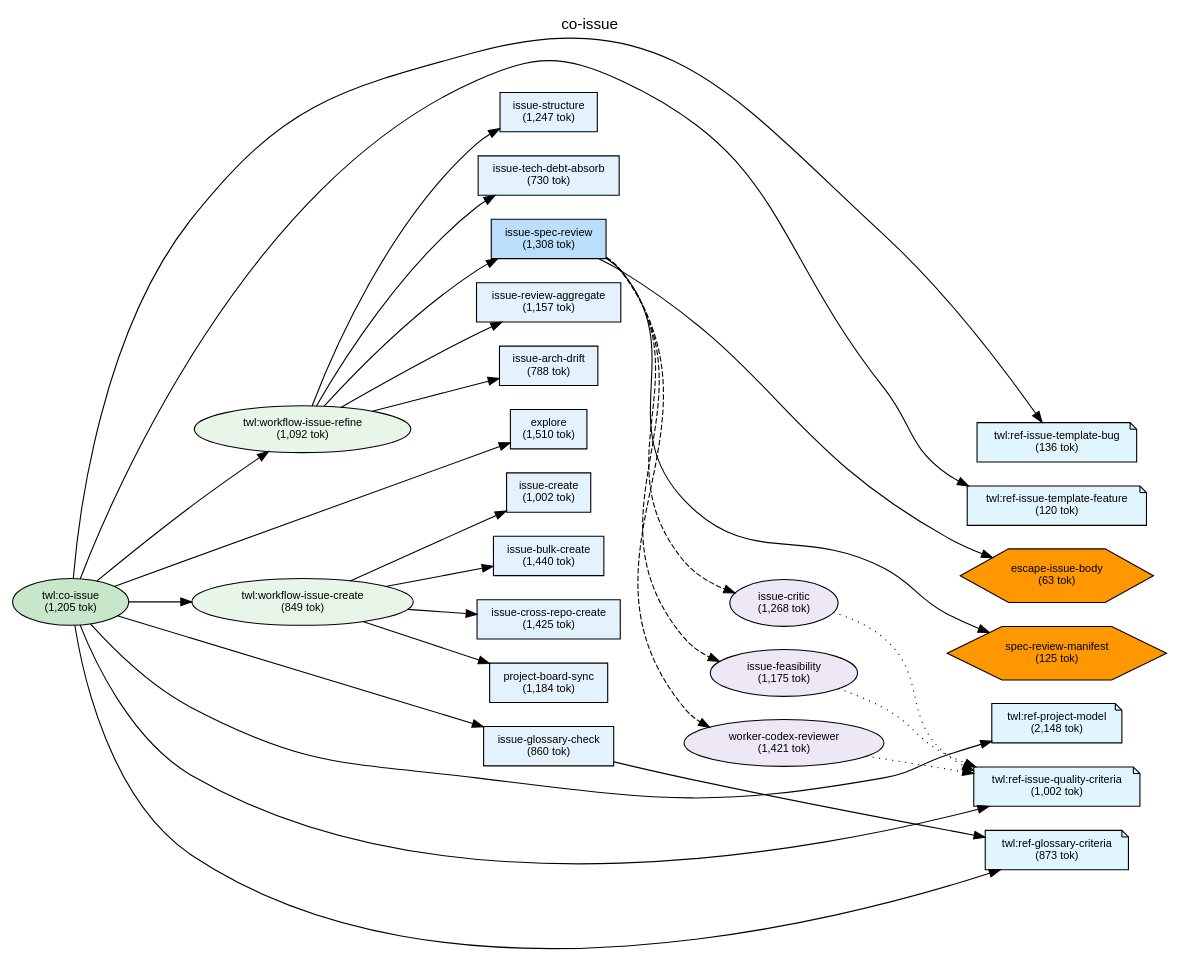
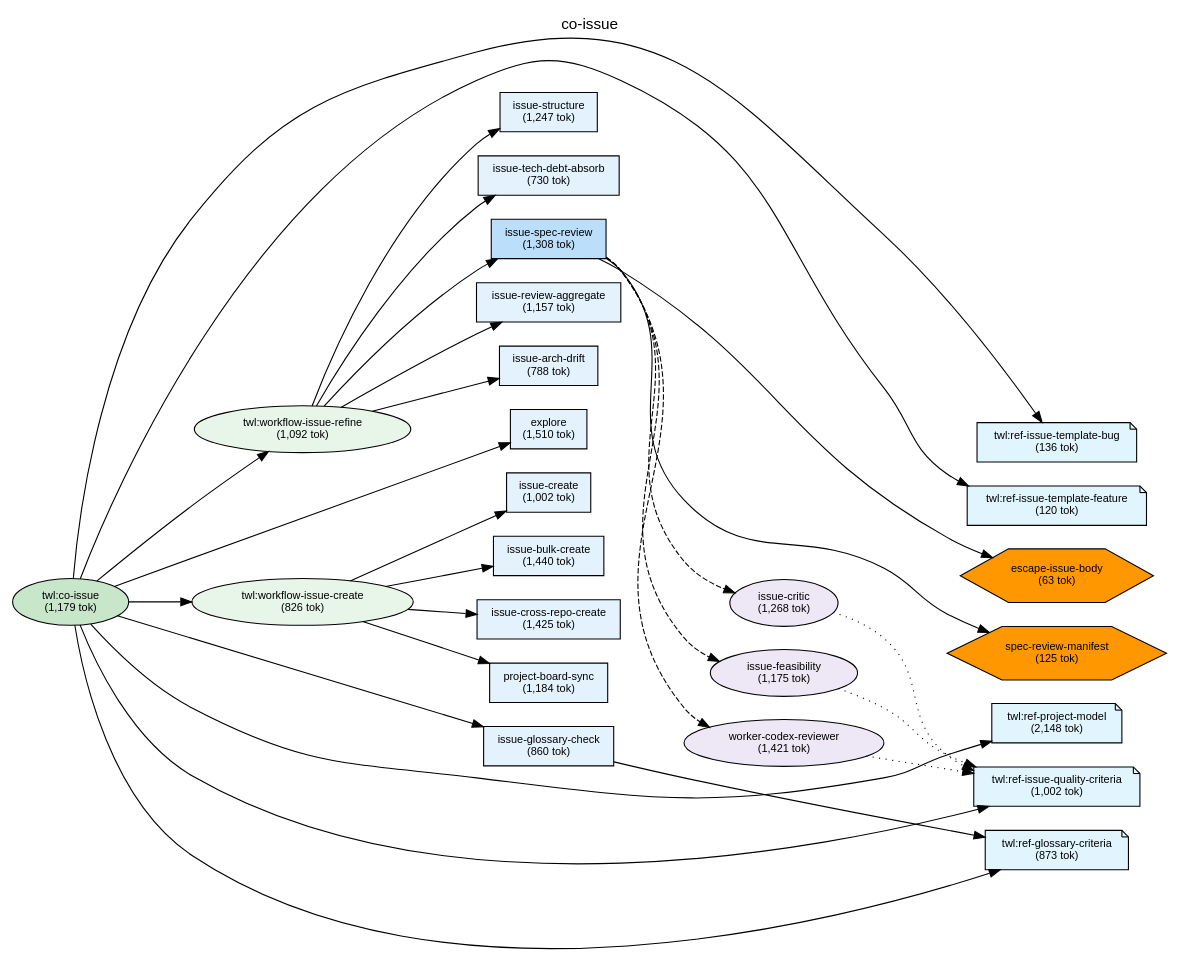
Before and after one commit to shuu5/twill: the diagram in plugins/twl/docs/deps-co-issue.dot, drawn with Graphviz. The commit also changed 8 other files, not shown here.

Commit message:
fix(twl): レビュー指摘修正 — description矛盾解消・REFINED_LABEL_OK入力削除・can_spawn最小化

```diff
--- a/plugins/twl/docs/deps-co-issue.dot
+++ b/plugins/twl/docs/deps-co-issue.dot
@@ -1,113 +1,113 @@
 digraph Dependencies {
     // Graph settings
     rankdir=LR;
     ranksep=0.8;
     nodesep=0.3;
     fontname="Helvetica";
     node [fontname="Helvetica", fontsize=10];
     edge [fontname="Helvetica", fontsize=9];
     label="co-issue";
     labelloc=t;
     fontsize=14;
 
     // L0: Controller Skills
-    skill_co_issue [label="twl:co-issue\n(1,205 tok)", shape=ellipse, style=filled, fillcolor="#c8e6c9"];
+    skill_co_issue [label="twl:co-issue\n(1,179 tok)", shape=ellipse, style=filled, fillcolor="#c8e6c9"];
 
     // L0: Launchers
 
     // L0.5: Workflow Skills
     skill_workflow_issue_refine [label="twl:workflow-issue-refine\n(1,092 tok)", shape=ellipse, style=filled, fillcolor="#e8f5e9"];
-    skill_workflow_issue_create [label="twl:workflow-issue-create\n(849 tok)", shape=ellipse, style=filled, fillcolor="#e8f5e9"];
+    skill_workflow_issue_create [label="twl:workflow-issue-create\n(826 tok)", shape=ellipse, style=filled, fillcolor="#e8f5e9"];
 
     // Reference Skills
     skill_ref_issue_template_bug [label="twl:ref-issue-template-bug\n(136 tok)", shape=note, style=filled, fillcolor="#e1f5fe"];
     skill_ref_issue_template_feature [label="twl:ref-issue-template-feature\n(120 tok)", shape=note, style=filled, fillcolor="#e1f5fe"];
     skill_ref_project_model [label="twl:ref-project-model\n(2,148 tok)", shape=note, style=filled, fillcolor="#e1f5fe"];
     skill_ref_issue_quality_criteria [label="twl:ref-issue-quality-criteria\n(1,002 tok)", shape=note, style=filled, fillcolor="#e1f5fe"];
     skill_ref_glossary_criteria [label="twl:ref-glossary-criteria\n(873 tok)", shape=note, style=filled, fillcolor="#e1f5fe"];
 
     // L1: Direct Commands
     cmd_issue_structure [label="issue-structure\n(1,247 tok)", shape=box, style=filled, fillcolor="#e3f2fd"];
     cmd_issue_create [label="issue-create\n(1,002 tok)", shape=box, style=filled, fillcolor="#e3f2fd"];
     cmd_issue_bulk_create [label="issue-bulk-create\n(1,440 tok)", shape=box, style=filled, fillcolor="#e3f2fd"];
     cmd_issue_tech_debt_absorb [label="issue-tech-debt-absorb\n(730 tok)", shape=box, style=filled, fillcolor="#e3f2fd"];
     cmd_issue_spec_review [label="issue-spec-review\n(1,308 tok)", shape=box, style=filled, fillcolor="#bbdefb"];
     cmd_issue_review_aggregate [label="issue-review-aggregate\n(1,157 tok)", shape=box, style=filled, fillcolor="#e3f2fd"];
     cmd_issue_glossary_check [label="issue-glossary-check\n(860 tok)", shape=box, style=filled, fillcolor="#e3f2fd"];
     cmd_issue_arch_drift [label="issue-arch-drift\n(788 tok)", shape=box, style=filled, fillcolor="#e3f2fd"];
     cmd_issue_cross_repo_create [label="issue-cross-repo-create\n(1,425 tok)", shape=box, style=filled, fillcolor="#e3f2fd"];
     cmd_project_board_sync [label="project-board-sync\n(1,184 tok)", shape=box, style=filled, fillcolor="#e3f2fd"];
     cmd_explore [label="explore\n(1,510 tok)", shape=box, style=filled, fillcolor="#e3f2fd"];
 
     // L2: Sub Commands
 
     // L3: Agents
     agent_issue_critic [label="issue-critic\n(1,268 tok)", shape=ellipse, style=filled, fillcolor="#ede7f6"];
     agent_issue_feasibility [label="issue-feasibility\n(1,175 tok)", shape=ellipse, style=filled, fillcolor="#ede7f6"];
     agent_worker_codex_reviewer [label="worker-codex-reviewer\n(1,421 tok)", shape=ellipse, style=filled, fillcolor="#ede7f6"];
 
     // L3.5: Scripts
     script_escape_issue_body [label="escape-issue-body\n(63 tok)", shape=hexagon, style=filled, fillcolor="#FF9800"];
     script_spec_review_manifest [label="spec-review-manifest\n(125 tok)", shape=hexagon, style=filled, fillcolor="#FF9800"];
 
     // L4: External
 
     // Layer constraints
     { rank=same; skill_co_issue; }
     { rank=same; skill_workflow_issue_refine; skill_workflow_issue_create; }
     { rank=same; skill_ref_issue_template_bug; skill_ref_issue_template_feature; skill_ref_project_model; skill_ref_issue_quality_criteria; skill_ref_glossary_criteria; }
     { rank=same; cmd_issue_structure; cmd_issue_create; cmd_issue_bulk_create; cmd_issue_tech_debt_absorb; cmd_issue_spec_review; cmd_issue_review_aggregate; cmd_issue_glossary_check; cmd_issue_arch_drift; cmd_issue_cross_repo_create; cmd_project_board_sync; cmd_explore; }
     { rank=same; agent_issue_critic; agent_issue_feasibility; agent_worker_codex_reviewer; }
     { rank=same; script_escape_issue_body; script_spec_review_manifest; }
 
     // Edges
     skill_co_issue -> cmd_explore;
     skill_co_issue -> skill_workflow_issue_refine;
     skill_co_issue -> skill_workflow_issue_create;
     skill_co_issue -> cmd_issue_glossary_check;
     skill_co_issue -> skill_ref_issue_template_bug;
     skill_co_issue -> skill_ref_issue_template_feature;
     skill_co_issue -> skill_ref_project_model;
     skill_co_issue -> skill_ref_issue_quality_criteria;
     skill_co_issue -> skill_ref_glossary_criteria;
     skill_workflow_issue_refine -> cmd_issue_structure;
     skill_workflow_issue_refine -> cmd_issue_tech_debt_absorb;
     skill_workflow_issue_refine -> cmd_issue_spec_review;
     skill_workflow_issue_refine -> cmd_issue_review_aggregate;
     skill_workflow_issue_refine -> cmd_issue_arch_drift;
     skill_workflow_issue_create -> cmd_issue_create;
     skill_workflow_issue_create -> cmd_issue_bulk_create;
     skill_workflow_issue_create -> cmd_issue_cross_repo_create;
     skill_workflow_issue_create -> cmd_project_board_sync;
     cmd_issue_spec_review -> agent_issue_critic [style=dashed];
     cmd_issue_spec_review -> agent_issue_feasibility [style=dashed];
     cmd_issue_spec_review -> agent_worker_codex_reviewer [style=dashed];
     cmd_issue_spec_review -> script_escape_issue_body;
     cmd_issue_spec_review -> script_spec_review_manifest;
     cmd_issue_glossary_check -> skill_ref_glossary_criteria;
     agent_issue_critic -> skill_ref_issue_quality_criteria [style=dotted];
     agent_issue_feasibility -> skill_ref_issue_quality_criteria [style=dotted];
     agent_worker_codex_reviewer -> skill_ref_issue_quality_criteria [style=dotted];
 
     // Ordering constraints (invisible edges)
     cmd_explore -> skill_workflow_issue_refine [style=invis, weight=10];
     skill_workflow_issue_refine -> skill_workflow_issue_create [style=invis, weight=10];
     skill_workflow_issue_create -> cmd_issue_glossary_check [style=invis, weight=10];
     cmd_issue_glossary_check -> skill_ref_issue_template_bug [style=invis, weight=10];
     skill_ref_issue_template_bug -> skill_ref_issue_template_feature [style=invis, weight=10];
     skill_ref_issue_template_feature -> skill_ref_project_model [style=invis, weight=10];
     skill_ref_project_model -> skill_ref_issue_quality_criteria [style=invis, weight=10];
     skill_ref_issue_quality_criteria -> skill_ref_glossary_criteria [style=invis, weight=10];
     cmd_issue_structure -> cmd_issue_tech_debt_absorb [style=invis, weight=10];
     cmd_issue_tech_debt_absorb -> cmd_issue_spec_review [style=invis, weight=10];
     cmd_issue_spec_review -> cmd_issue_review_aggregate [style=invis, weight=10];
     cmd_issue_review_aggregate -> cmd_issue_arch_drift [style=invis, weight=10];
     cmd_issue_create -> cmd_issue_bulk_create [style=invis, weight=10];
     cmd_issue_bulk_create -> cmd_issue_cross_repo_create [style=invis, weight=10];
     cmd_issue_cross_repo_create -> cmd_project_board_sync [style=invis, weight=10];
     agent_issue_critic -> agent_issue_feasibility [style=invis, weight=10];
     agent_issue_feasibility -> agent_worker_codex_reviewer [style=invis, weight=10];
     agent_worker_codex_reviewer -> script_escape_issue_body [style=invis, weight=10];
     script_escape_issue_body -> script_spec_review_manifest [style=invis, weight=10];
 
 }
```
